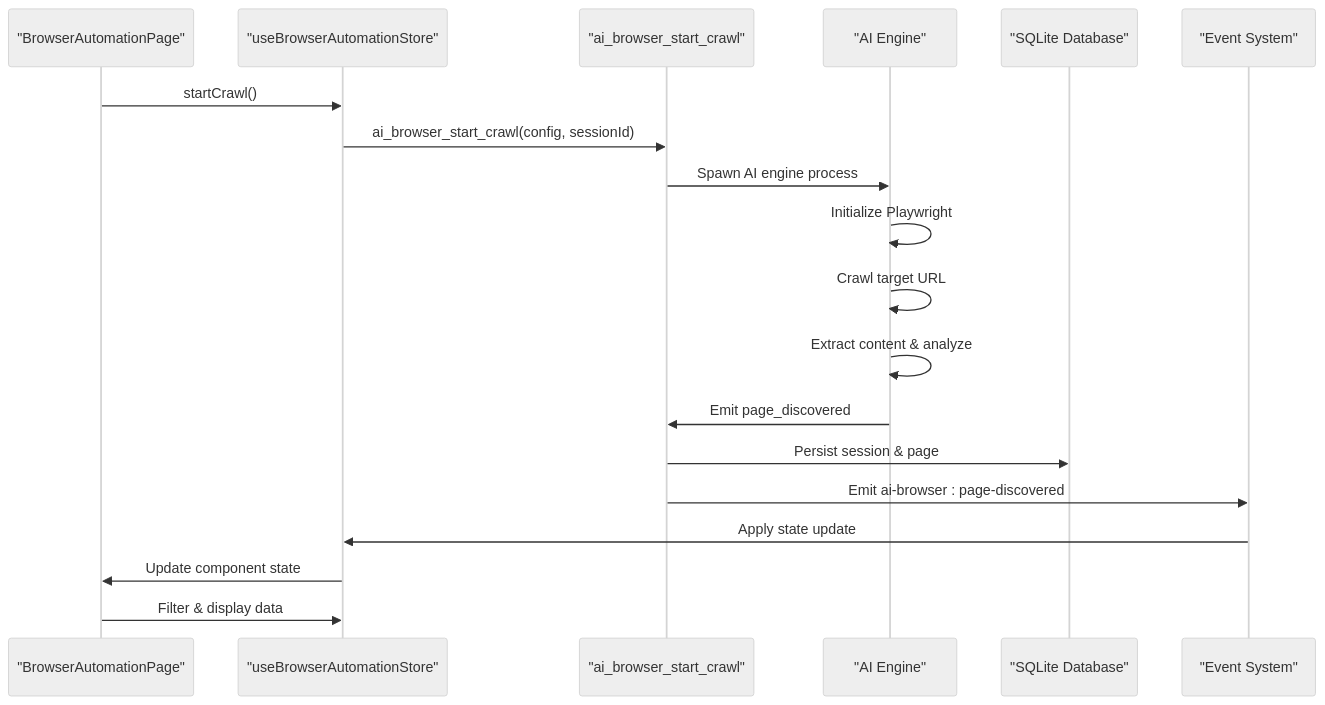
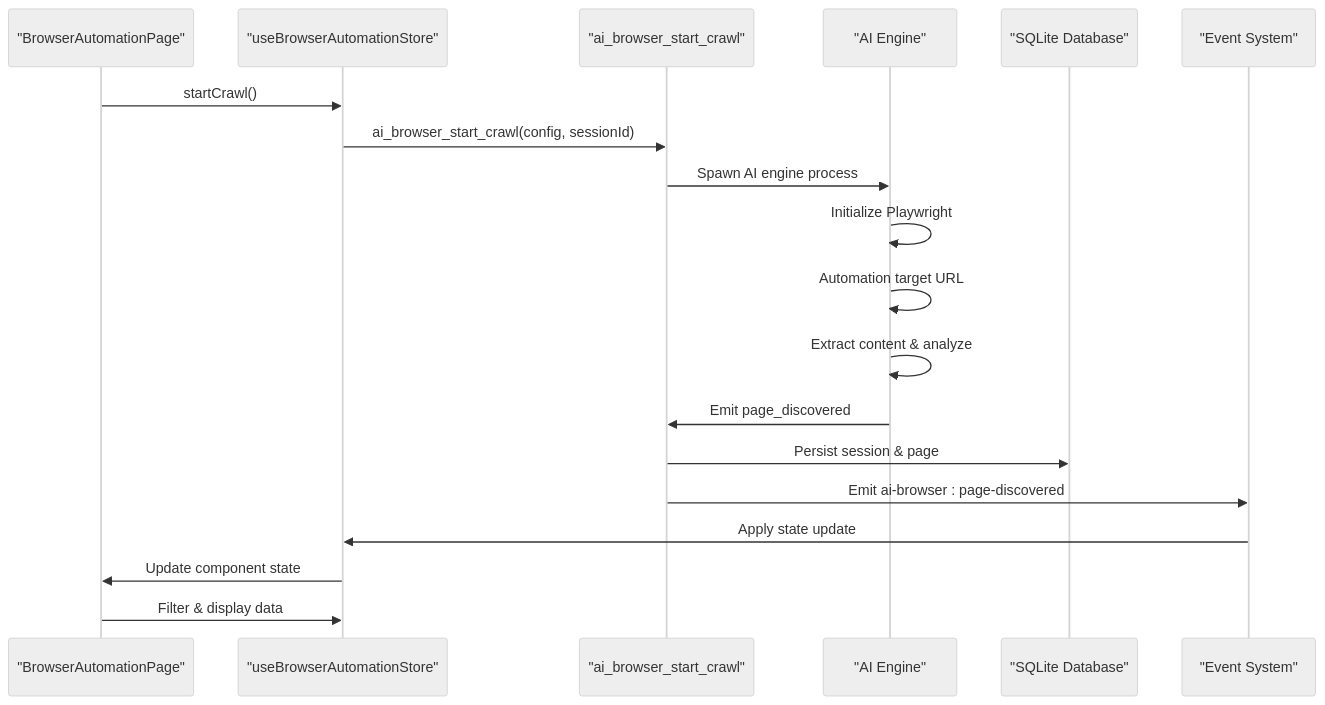
The second of 4 diagrams in .qoder/repowiki/en/content/Browser Automation.md (arhamymr/hexbuffer), drawn with Mermaid (neutral theme) before and after one commit. The commit also changed other lines of this file and 49 other files, not shown here.

````diff
--- a/.qoder/repowiki/en/content/Browser Automation.md
+++ b/.qoder/repowiki/en/content/Browser Automation.md
@@ -123,21 +123,21 @@
 ```mermaid
 sequenceDiagram
 participant UI as "BrowserAutomationPage"
 participant Store as "useBrowserAutomationStore"
 participant Tauri as "ai_browser_start_crawl"
 participant Engine as "AI Engine"
 participant DB as "SQLite Database"
 participant Events as "Event System"
 UI->>Store : startCrawl()
 Store->>Tauri : ai_browser_start_crawl(config, sessionId)
 Tauri->>Engine : Spawn AI engine process
 Engine->>Engine : Initialize Playwright
-Engine->>Engine : Crawl target URL
+Engine->>Engine : Automation target URL
 Engine->>Engine : Extract content & analyze
 Engine->>Tauri : Emit page_discovered
 Tauri->>DB : Persist session & page
 Tauri->>Events : Emit ai-browser : page-discovered
 Events->>Store : Apply state update
 Store->>UI : Update component state
 UI->>Store : Filter & display data
 ```
````
